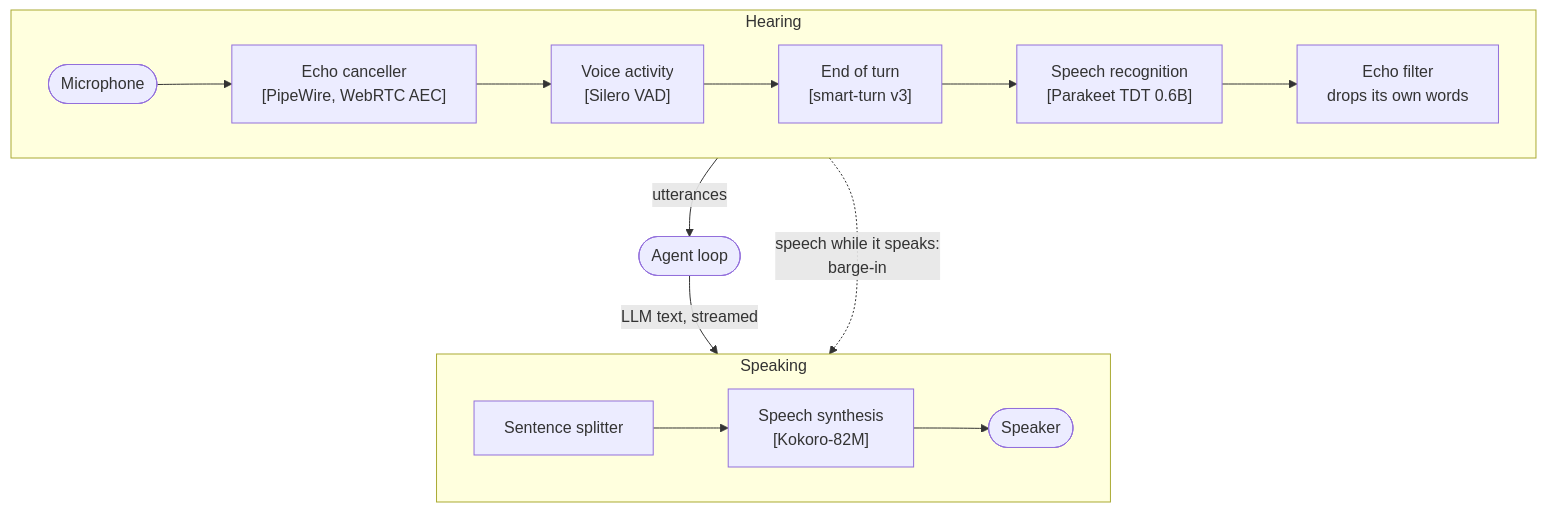
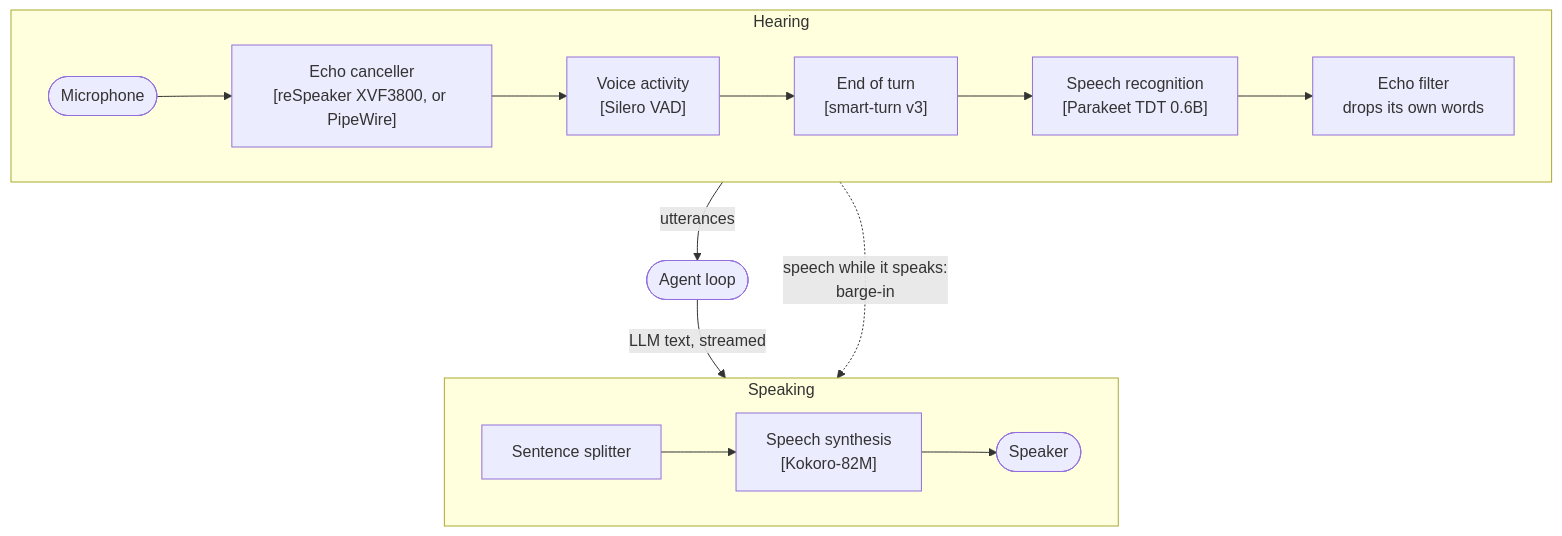
One commit to lokiledev/robot-voice-agent changed the fourth of 9 diagrams in docs/ARCHITECTURE.md. Above: the diagram before and after it, drawn with Mermaid. The commit also changed other lines of this file and 3 other files, not shown here.

First line of the commit message:
Listen and speak through the reSpeaker XVF3800 array

````diff
--- a/docs/ARCHITECTURE.md
+++ b/docs/ARCHITECTURE.md
@@ -139,20 +139,20 @@
 ```mermaid
 flowchart TB
     subgraph hearing ["Hearing"]
         direction LR
-        mic([Microphone]) --> aec["Echo canceller<br/>[PipeWire, WebRTC AEC]"]
+        mic([Microphone]) --> aec["Echo canceller<br/>[reSpeaker XVF3800, or PipeWire]"]
         aec --> vad["Voice activity<br/>[Silero VAD]"]
         vad --> turn["End of turn<br/>[smart-turn v3]"]
         turn --> asr["Speech recognition<br/>[Parakeet TDT 0.6B]"]
         asr --> echo["Echo filter<br/>drops its own words"]
     end
     loop([Agent loop])
     subgraph speaking ["Speaking"]
         direction LR
         split["Sentence splitter"] --> tts["Speech synthesis<br/>[Kokoro-82M]"]
         tts --> spk([Speaker])
     end
     hearing -- "utterances" --> loop
     loop -- "LLM text, streamed" --> speaking
     hearing -. "speech while it speaks:<br/>barge-in" .-> speaking
 ```
````
